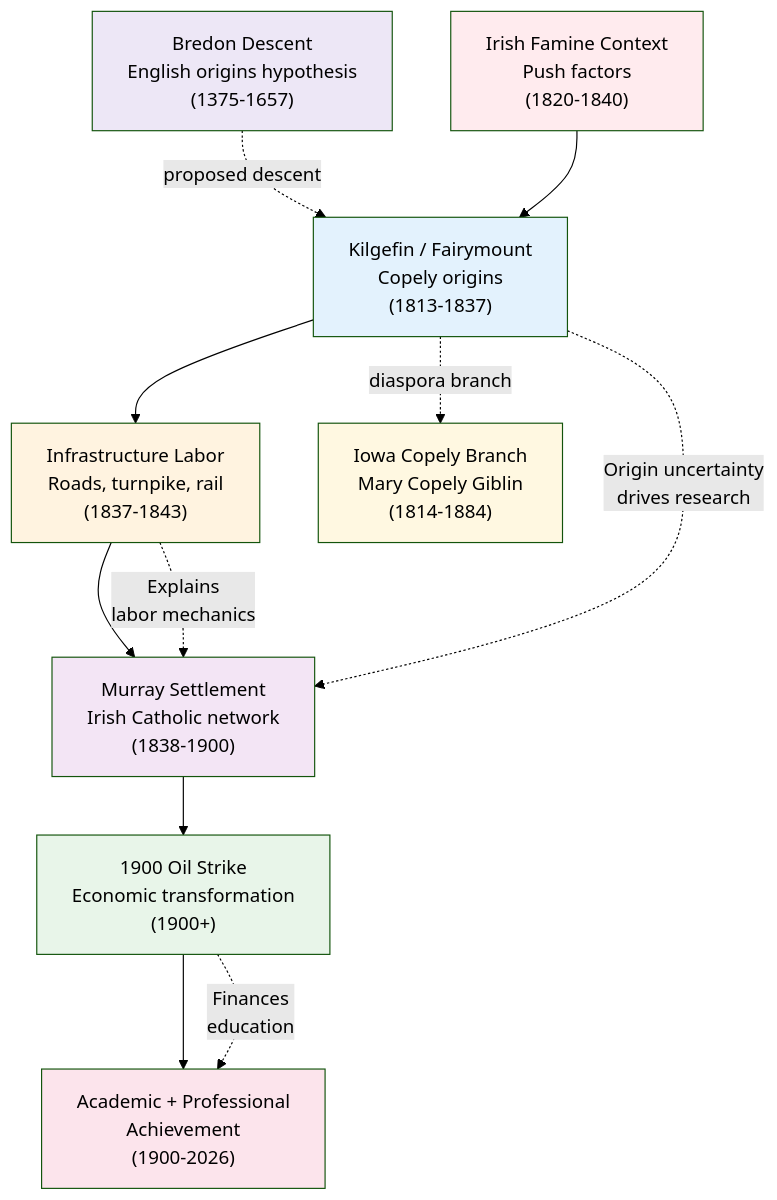
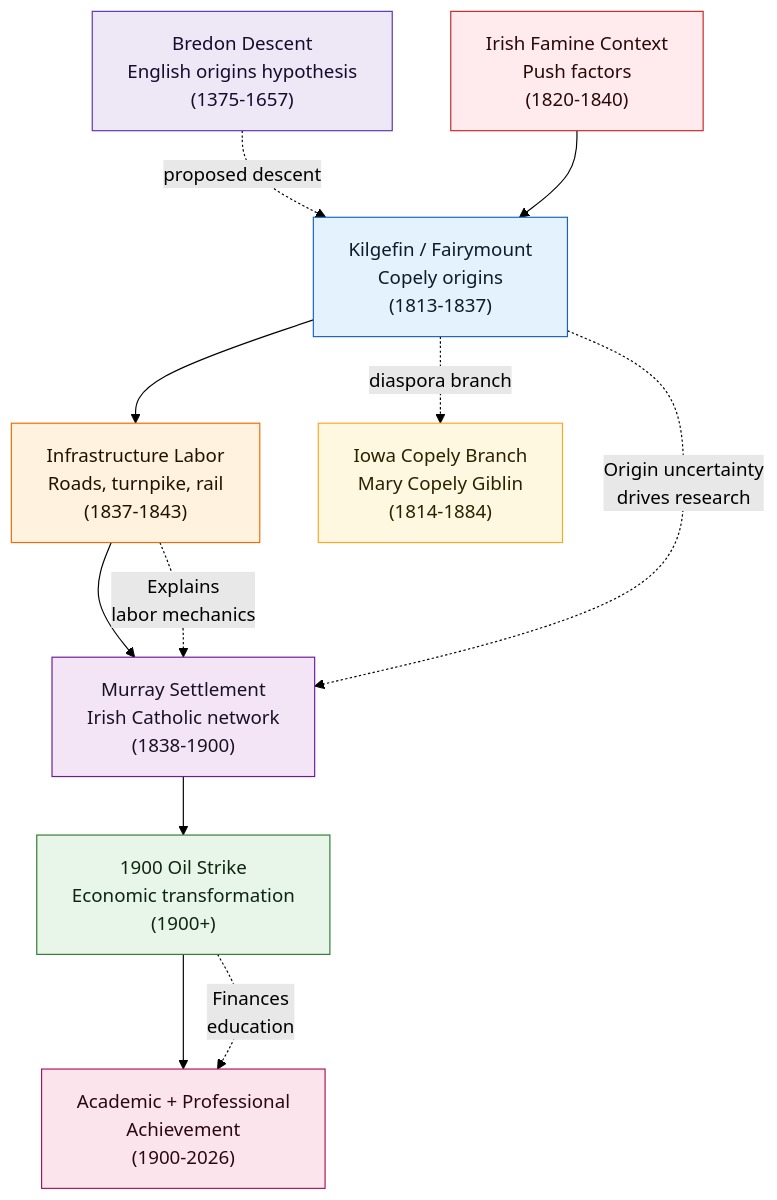
Before and after one commit to zcopley/copley-family-research: the diagram in Topics and Themes.md, drawn with Mermaid (forest theme). The commit also changed other lines of this file and 29 other files, not shown here.

````diff
--- a/Topics and Themes.md
+++ b/Topics and Themes.md
@@ -149,32 +152,32 @@
 ```mermaid
 graph TB
     A["Kilgefin / Fairymount<br/>Copely origins<br/>(1813-1837)"]
     B["Infrastructure Labor<br/>Roads, turnpike, rail<br/>(1837-1843)"]
     C["Murray Settlement<br/>Irish Catholic network<br/>(1838-1900)"]
     D["1900 Oil Strike<br/>Economic transformation<br/>(1900+)"]
     E["Academic + Professional<br/>Achievement<br/>(1900-2026)"]
     F["Irish Famine Context<br/>Push factors<br/>(1820-1840)"]
     G["Bredon Descent<br/>English origins hypothesis<br/>(1375-1657)"]
     H["Iowa Copely Branch<br/>Mary Copely Giblin<br/>(1814-1884)"]
     
     G -.->|proposed descent| A
     F --> A
     A --> B
     B --> C
     C --> D
     D --> E
     A -.->|diaspora branch| H
     
     A -.->|Origin uncertainty<br/>drives research| C
     B -.->|Explains<br/>labor mechanics| C
     D -.->|Finances<br/>education| E
     
-    style A fill:#e3f2fd
-    style B fill:#fff3e0
-    style C fill:#f3e5f5
-    style D fill:#e8f5e9
-    style E fill:#fce4ec
-    style F fill:#ffebee
-    style G fill:#ede7f6
-    style H fill:#fff8e1
+    style A fill:#e3f2fd,stroke:#1565c0,color:#0d1b2a
+    style B fill:#fff3e0,stroke:#ef6c00,color:#1f1300
+    style C fill:#f3e5f5,stroke:#6a1b9a,color:#1a1024
+    style D fill:#e8f5e9,stroke:#2e7d32,color:#102411
+    style E fill:#fce4ec,stroke:#ad1457,color:#2a0714
+    style F fill:#ffebee,stroke:#c62828,color:#2b0707
+    style G fill:#ede7f6,stroke:#5e35b1,color:#170b2e
+    style H fill:#fff8e1,stroke:#f9a825,color:#2a2100
 ```
````
